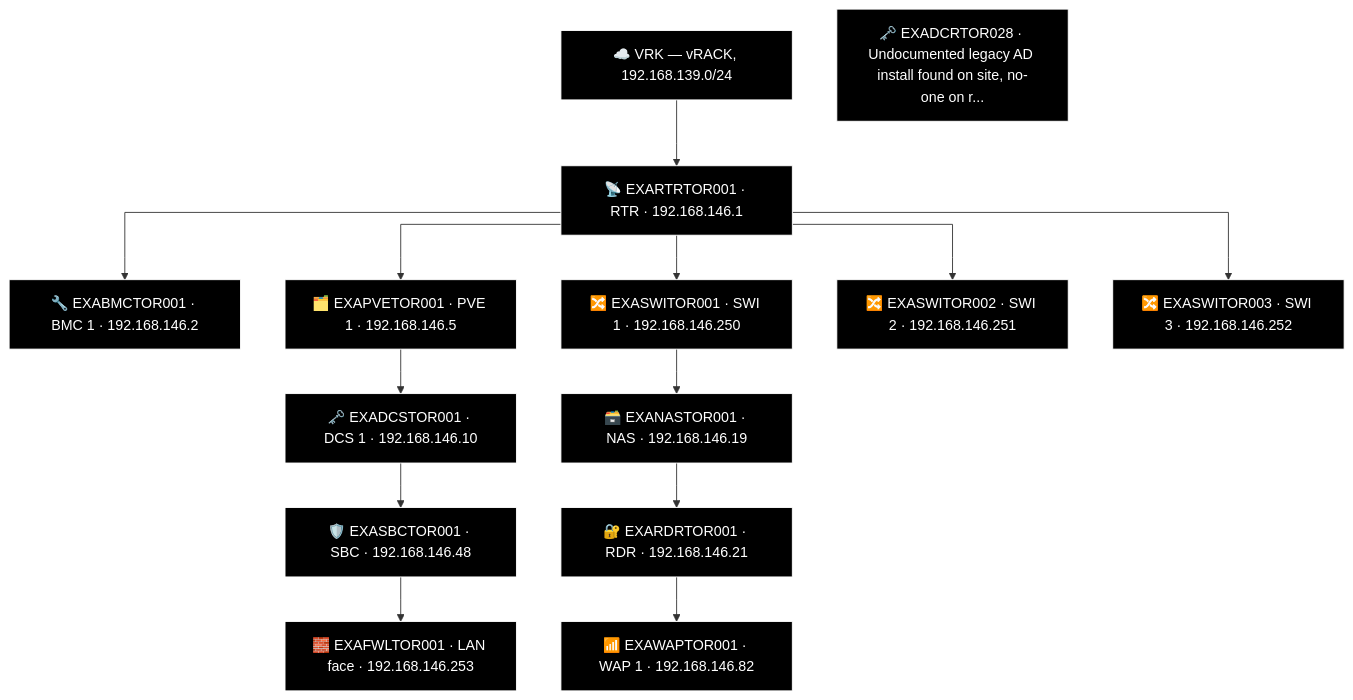
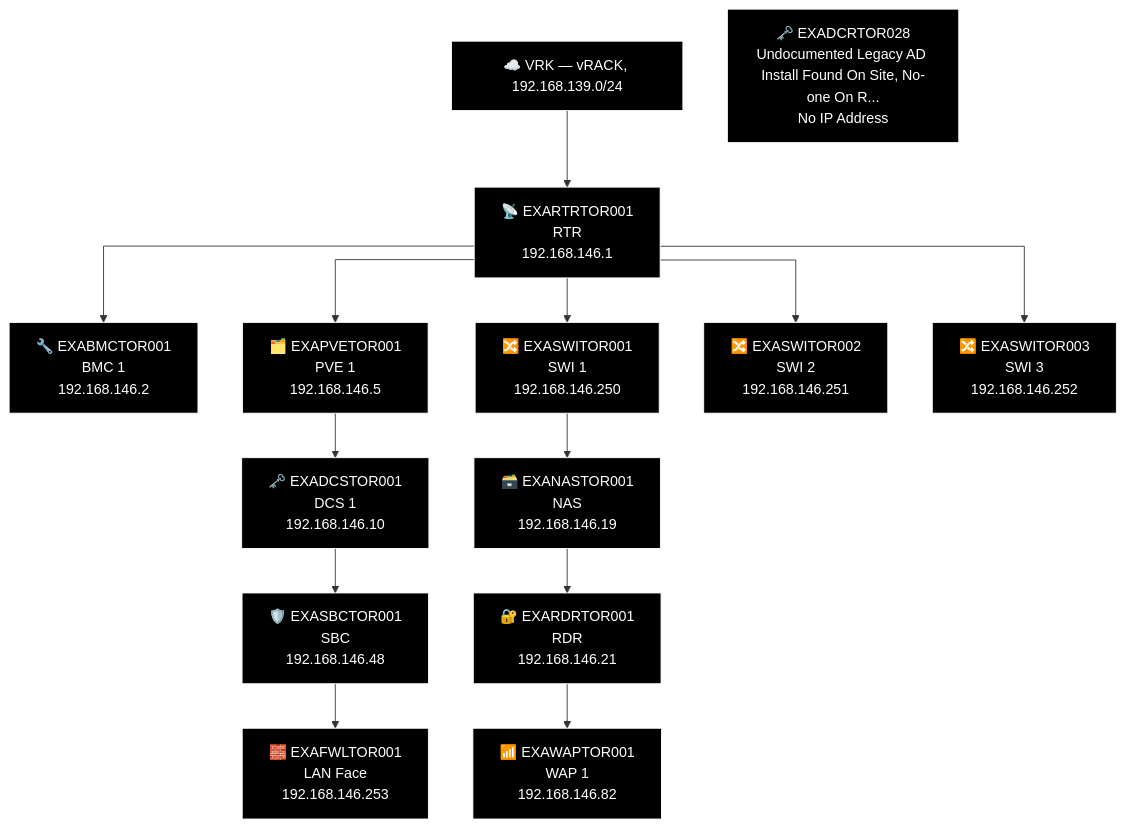
The fourth of 6 diagrams in docs/network-diagram/canada.md (knightmare2600/example_music_infra), drawn with Mermaid before and after one commit. The commit also changed other lines of this file and 18 other files, not shown here.

````diff
--- a/docs/network-diagram/canada.md
+++ b/docs/network-diagram/canada.md
@@ -147,42 +147,42 @@
 ```mermaid
 %% GENERATED:TOPOLOGY:TOR:START
 %%{init: {'flowchart': {'curve': 'stepAfter'}}}%%
 graph TD
     T_VRK["☁️ VRK — vRACK, 192.168.139.0/24"]
-    T_RTR["📡 EXARTRTOR001 · RTR · 192.168.146.1"]
+    T_RTR["📡 EXARTRTOR001<br/>RTR<br/>192.168.146.1"]
     T_VRK --> T_RTR
-    T_BMC["🔧 EXABMCTOR001 · BMC 1 · 192.168.146.2"]
+    T_BMC["🔧 EXABMCTOR001<br/>BMC 1<br/>192.168.146.2"]
     T_RTR --> T_BMC
-    T_PVE["🗂️ EXAPVETOR001 · PVE 1 · 192.168.146.5"]
+    T_PVE["🗂️ EXAPVETOR001<br/>PVE 1<br/>192.168.146.5"]
     T_RTR --> T_PVE
-    T_SWI["🔀 EXASWITOR001 · SWI 1 · 192.168.146.250"]
+    T_SWI["🔀 EXASWITOR001<br/>SWI 1<br/>192.168.146.250"]
     T_RTR --> T_SWI
-    T_SWI2["🔀 EXASWITOR002 · SWI 2 · 192.168.146.251"]
+    T_SWI2["🔀 EXASWITOR002<br/>SWI 2<br/>192.168.146.251"]
     T_RTR --> T_SWI2
-    T_SWI3["🔀 EXASWITOR003 · SWI 3 · 192.168.146.252"]
+    T_SWI3["🔀 EXASWITOR003<br/>SWI 3<br/>192.168.146.252"]
     T_RTR --> T_SWI3
-    T_NAS["🗃️ EXANASTOR001 · NAS · 192.168.146.19"]
-    T_RDR["🔐 EXARDRTOR001 · RDR · 192.168.146.21"]
-    T_WAP["📶 EXAWAPTOR001 · WAP 1 · 192.168.146.82"]
+    T_NAS["🗃️ EXANASTOR001<br/>NAS<br/>192.168.146.19"]
+    T_RDR["🔐 EXARDRTOR001<br/>RDR<br/>192.168.146.21"]
+    T_WAP["📶 EXAWAPTOR001<br/>WAP 1<br/>192.168.146.82"]
     T_SWI --> T_NAS --> T_RDR --> T_WAP
-    T_DCS["🗝️ EXADCSTOR001 · DCS 1 · 192.168.146.10"]
-    T_SBC["🛡️ EXASBCTOR001 · SBC · 192.168.146.48"]
-    T_FWL["🧱 EXAFWLTOR001 · LAN face · 192.168.146.253"]
+    T_DCS["🗝️ EXADCSTOR001<br/>DCS 1<br/>192.168.146.10"]
+    T_SBC["🛡️ EXASBCTOR001<br/>SBC<br/>192.168.146.48"]
+    T_FWL["🧱 EXAFWLTOR001<br/>LAN Face<br/>192.168.146.253"]
     T_PVE --> T_DCS --> T_SBC --> T_FWL
-    T_DCR["🗝️ EXADCRTOR028 · Undocumented legacy AD install found on site, no-one on r..."]
+    T_DCR["🗝️ EXADCRTOR028<br/>Undocumented Legacy AD Install Found On Site, No-one On R...<br/>No IP Address"]
     style T_VRK fill:#000000,stroke:#FFFFFF,color:#FFFFFF
     style T_RTR fill:#000000,stroke:#FFFFFF,color:#FFFFFF
     style T_BMC fill:#000000,stroke:#FFFFFF,color:#FFFFFF
     style T_PVE fill:#000000,stroke:#FFFFFF,color:#FFFFFF
     style T_SWI fill:#000000,stroke:#FFFFFF,color:#FFFFFF
     style T_SWI2 fill:#000000,stroke:#FFFFFF,color:#FFFFFF
     style T_SWI3 fill:#000000,stroke:#FFFFFF,color:#FFFFFF
     style T_NAS fill:#000000,stroke:#FFFFFF,color:#FFFFFF
     style T_RDR fill:#000000,stroke:#FFFFFF,color:#FFFFFF
     style T_WAP fill:#000000,stroke:#FFFFFF,color:#FFFFFF
     style T_DCS fill:#000000,stroke:#FFFFFF,color:#FFFFFF
     style T_SBC fill:#000000,stroke:#FFFFFF,color:#FFFFFF
     style T_FWL fill:#000000,stroke:#FFFFFF,color:#FFFFFF
     style T_DCR fill:#000000,stroke:#FFFFFF,color:#FFFFFF
 %% GENERATED:TOPOLOGY:TOR:END
 ```
````
